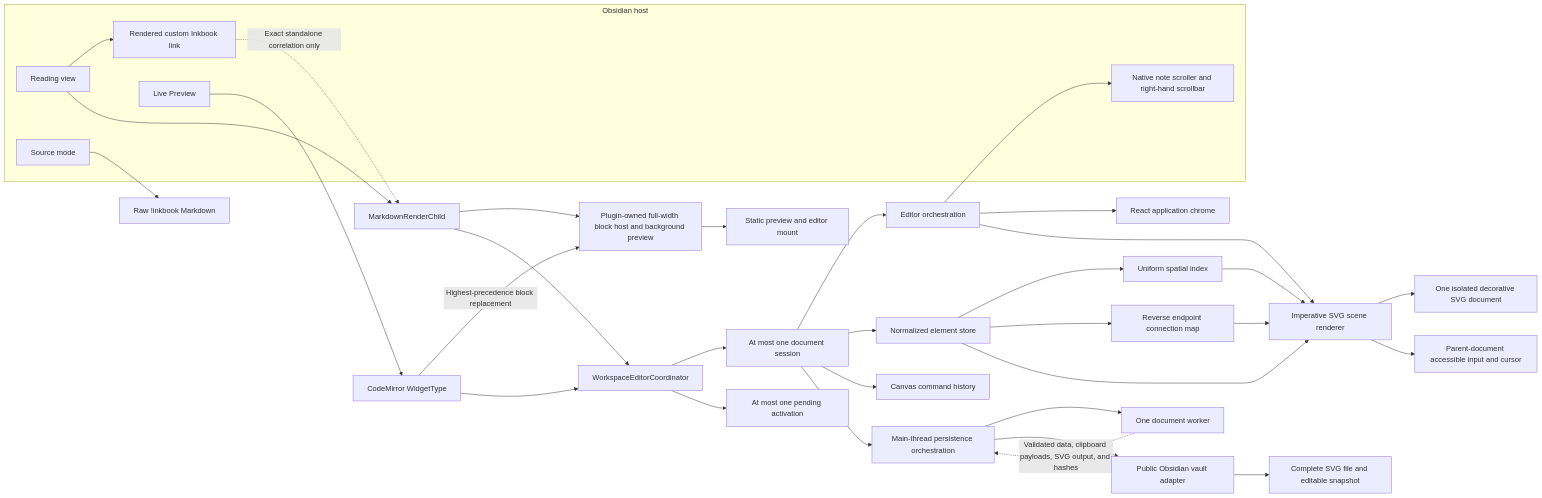
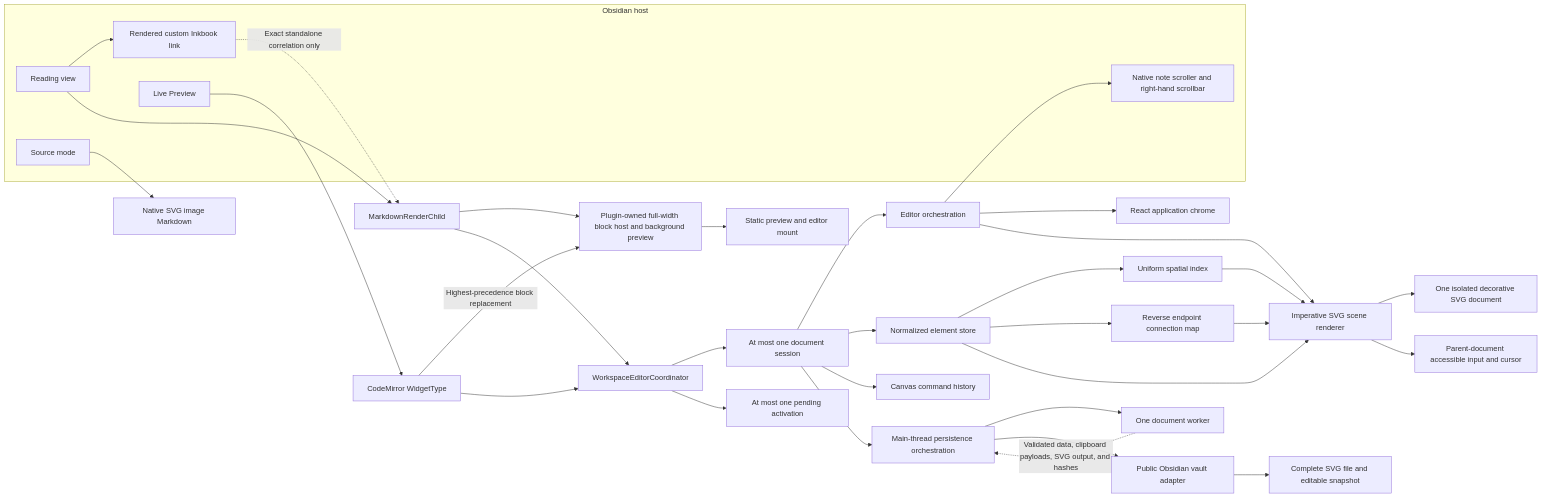
Before and after one commit to boommasterxd/inkbook: the first of 8 diagrams in docs/architecture-flows.md, drawn with Mermaid. The commit also changed 113 other files, not shown here.

First line of the commit message:
feat(embeds): preserve native SVG previews without Inkbook (#146)

````diff
--- a/docs/architecture-flows.md
+++ b/docs/architecture-flows.md
@@ -7,45 +7,45 @@
 ```mermaid
 flowchart LR
   subgraph host["Obsidian host"]
     reading["Reading view"]
     readingSource["Rendered custom Inkbook link"]
     live["Live Preview"]
     source["Source mode"]
     noteScroller["Native note scroller and right-hand scrollbar"]
   end
 
   reading --> readingSource
   reading --> readingChild["MarkdownRenderChild"]
   live --> liveWidget["CodeMirror WidgetType"]
-  source --> rawMarkdown["Raw !inkbook Markdown"]
+  source --> rawMarkdown["Native SVG image Markdown"]
 
   readingSource -. "Exact standalone correlation only" .-> readingChild
   readingChild --> ownedPreview["Plugin-owned full-width block host and background preview"]
   liveWidget -->|"Highest-precedence block replacement"| ownedPreview
   ownedPreview --> widgetPreview["Static preview and editor mount"]
   readingChild --> coordinator["WorkspaceEditorCoordinator"]
   liveWidget --> coordinator
 
   coordinator --> session["At most one document session"]
   coordinator --> pending["At most one pending activation"]
   session --> editor["Editor orchestration"]
   session --> store["Normalized element store"]
   session --> history["Canvas command history"]
   store --> index["Uniform spatial index"]
   store --> connections["Reverse endpoint connection map"]
 
   editor --> chrome["React application chrome"]
   editor --> scene["Imperative SVG scene renderer"]
   scene --> drawingSurface["One isolated decorative SVG document"]
   scene --> inputSurface["Parent-document accessible input and cursor"]
   store --> scene
   index --> scene
   connections --> scene
 
   session --> persistence["Main-thread persistence orchestration"]
   persistence --> worker["One document worker"]
   worker -. "Validated data, clipboard payloads, SVG output, and hashes" .-> persistence
   persistence --> vaultAdapter["Public Obsidian vault adapter"]
   vaultAdapter --> svgFile["Complete SVG file and editable snapshot"]
   editor --> noteScroller
 ```
````
